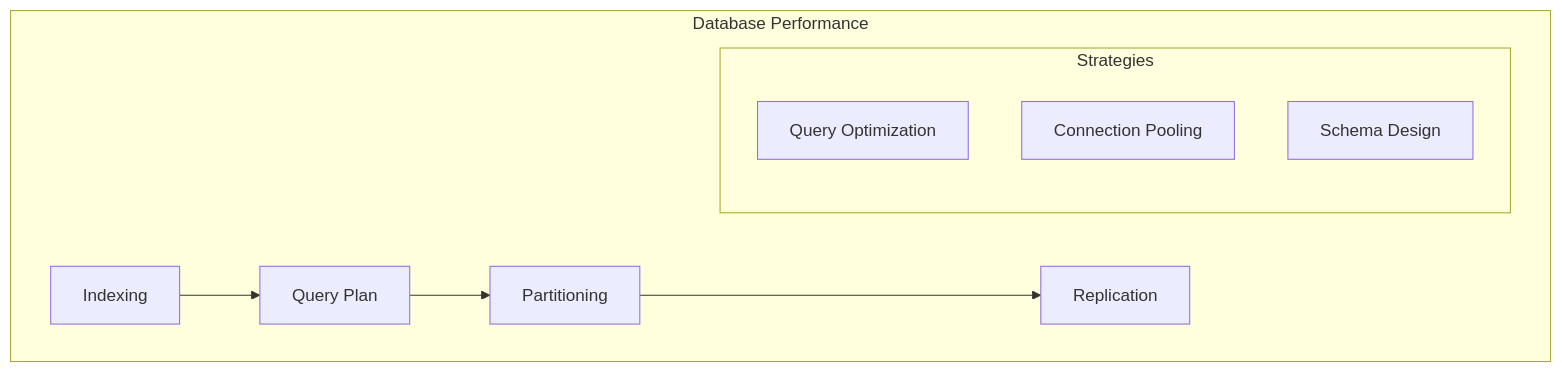
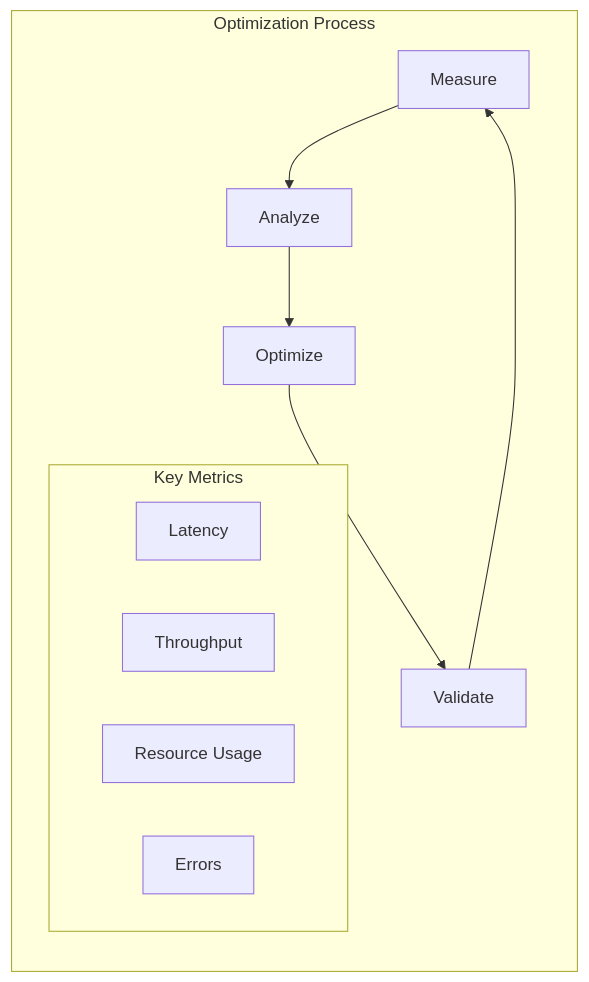
Before and after one commit to saravanakumarrc/Architecture_Journey: the third of 3 diagrams in src/Performance_Optimization_Techniques.md, drawn with Mermaid. The commit also changed other lines of this file and 6 other files, not shown here.

First line of the commit message:
Refactor observability documentation: streamline sections, enhance clarity, and update diagrams for better understanding of monitoring components and patterns.

````diff
--- a/src/Performance_Optimization_Techniques.md
+++ b/src/Performance_Optimization_Techniques.md
@@ -90,14 +51,16 @@
 ```mermaid
-graph TB
-    subgraph "Database Performance"
-        I[Indexing] --> Q[Query Plan]
-        Q --> P[Partitioning]
-        P --> R[Replication]
+graph LR
+    subgraph "Optimization Process"
+        M[Measure] --> A[Analyze]
+        A --> O[Optimize]
+        O --> V[Validate]
+        V --> M
         
-        subgraph "Strategies"
-            QO[Query Optimization]
-            CP[Connection Pooling]
-            SC[Schema Design]
+        subgraph "Key Metrics"
+            L[Latency]
+            T[Throughput]
+            R[Resource Usage]
+            E[Errors]
         end
     end
 ```
````
